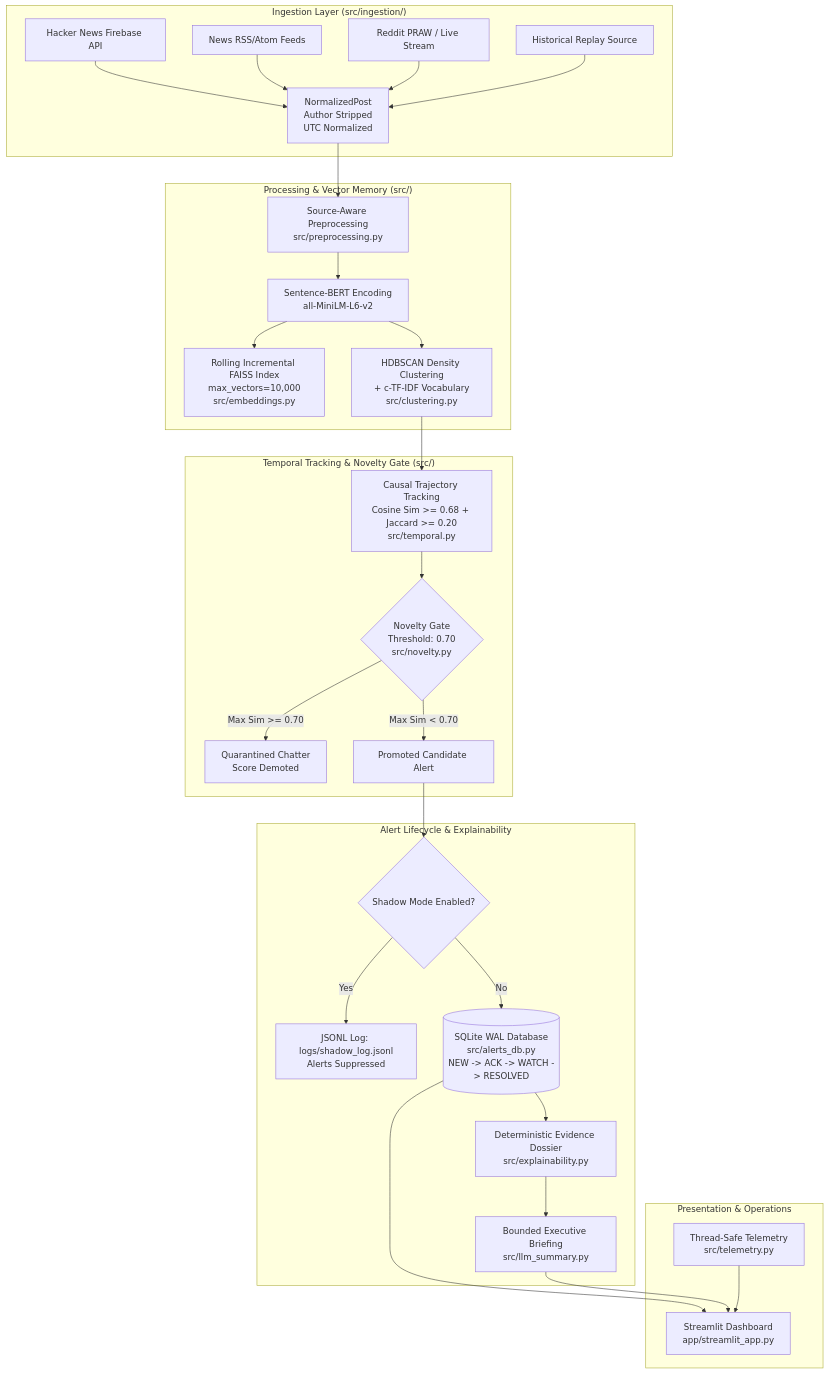
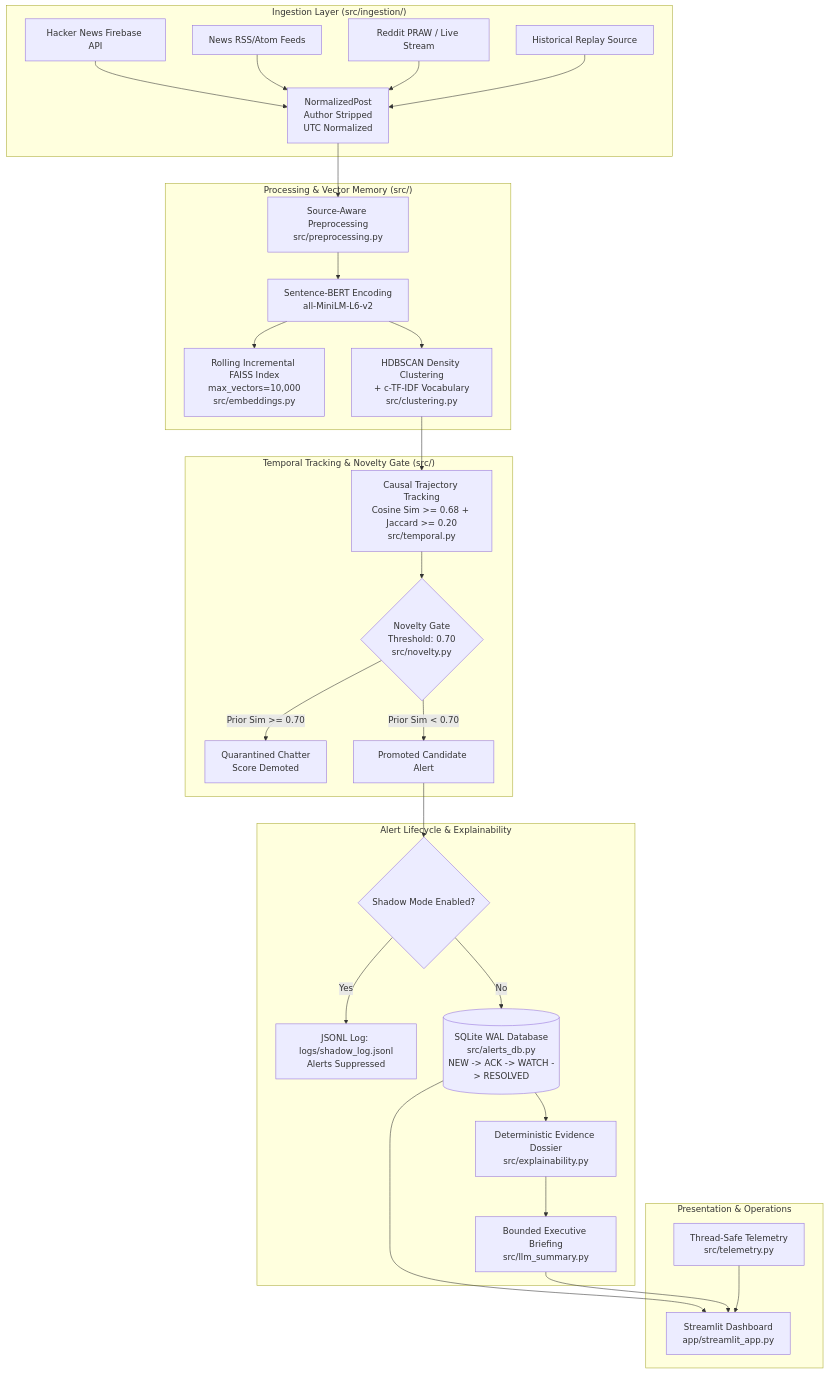
Before and after one commit to sun2004ny/TrendRadar-AI: the diagram in README.md, drawn with Mermaid. The commit also changed other lines of this file, not shown here.

````diff
--- a/README.md
+++ b/README.md
@@ -14,37 +16,37 @@
 ```mermaid
 flowchart TD
     subgraph Ingestion["Ingestion Layer (src/ingestion/)"]
         HN[Hacker News Firebase API] --> Norm[NormalizedPost\nAuthor Stripped\nUTC Normalized]
         RSS[News RSS/Atom Feeds] --> Norm
         REDDIT[Reddit PRAW / Live Stream] --> Norm
         REPLAY[Historical Replay Source] --> Norm
     end
 
     subgraph Processing["Processing & Vector Memory (src/)"]
         Norm --> Prep[Source-Aware Preprocessing\nsrc/preprocessing.py]
         Prep --> SBERT[Sentence-BERT Encoding\nall-MiniLM-L6-v2]
         SBERT --> FAISS[Rolling Incremental FAISS Index\nmax_vectors=10,000\nsrc/embeddings.py]
         SBERT --> HDBSCAN[HDBSCAN Density Clustering\n+ c-TF-IDF Vocabulary\nsrc/clustering.py]
     end
 
     subgraph Temporal["Temporal Tracking & Novelty Gate (src/)"]
         HDBSCAN --> Traj[Causal Trajectory Tracking\nCosine Sim >= 0.68 + Jaccard >= 0.20\nsrc/temporal.py]
         Traj --> Gate{Novelty Gate\nThreshold: 0.70\nsrc/novelty.py}
-        Gate -- Max Sim >= 0.70 --> Quarantined[Quarantined Chatter\nScore Demoted]
-        Gate -- Max Sim < 0.70 --> Candidate[Promoted Candidate Alert]
+        Gate -- Prior Sim >= 0.70 --> Quarantined[Quarantined Chatter\nScore Demoted]
+        Gate -- Prior Sim < 0.70 --> Candidate[Promoted Candidate Alert]
     end
 
     subgraph Lifecycle["Alert Lifecycle & Explainability"]
         Candidate --> Shadow{Shadow Mode Enabled?}
         Shadow -- Yes --> ShadowLog[JSONL Log: logs/shadow_log.jsonl\nAlerts Suppressed]
         Shadow -- No --> AlertDB[(SQLite WAL Database\nsrc/alerts_db.py\nNEW -> ACK -> WATCH -> RESOLVED)]
         AlertDB --> Explain[Deterministic Evidence Dossier\nsrc/explainability.py]
         Explain --> LLM[Bounded Executive Briefing\nsrc/llm_summary.py]
     end
 
     subgraph Presentation["Presentation & Operations"]
         AlertDB --> UI[Streamlit Dashboard\napp/streamlit_app.py]
         LLM --> UI
         Telem[Thread-Safe Telemetry\nsrc/telemetry.py] --> UI
     end
 ```
````
